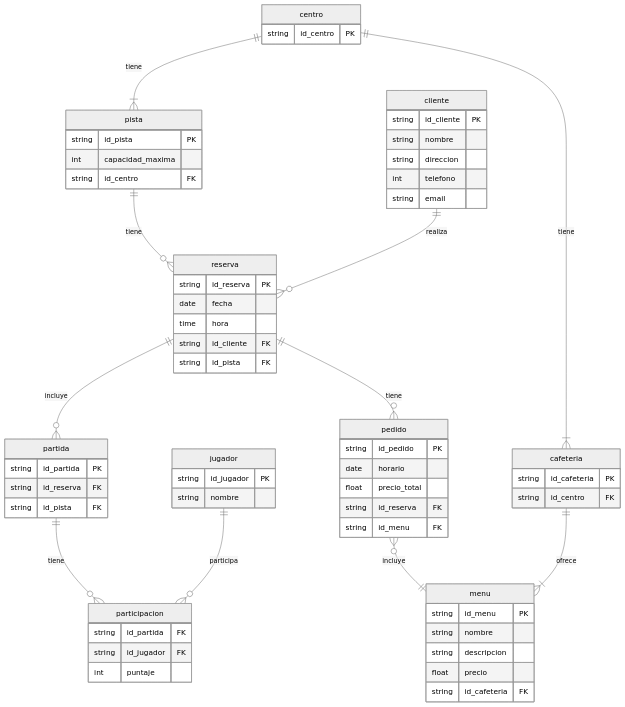
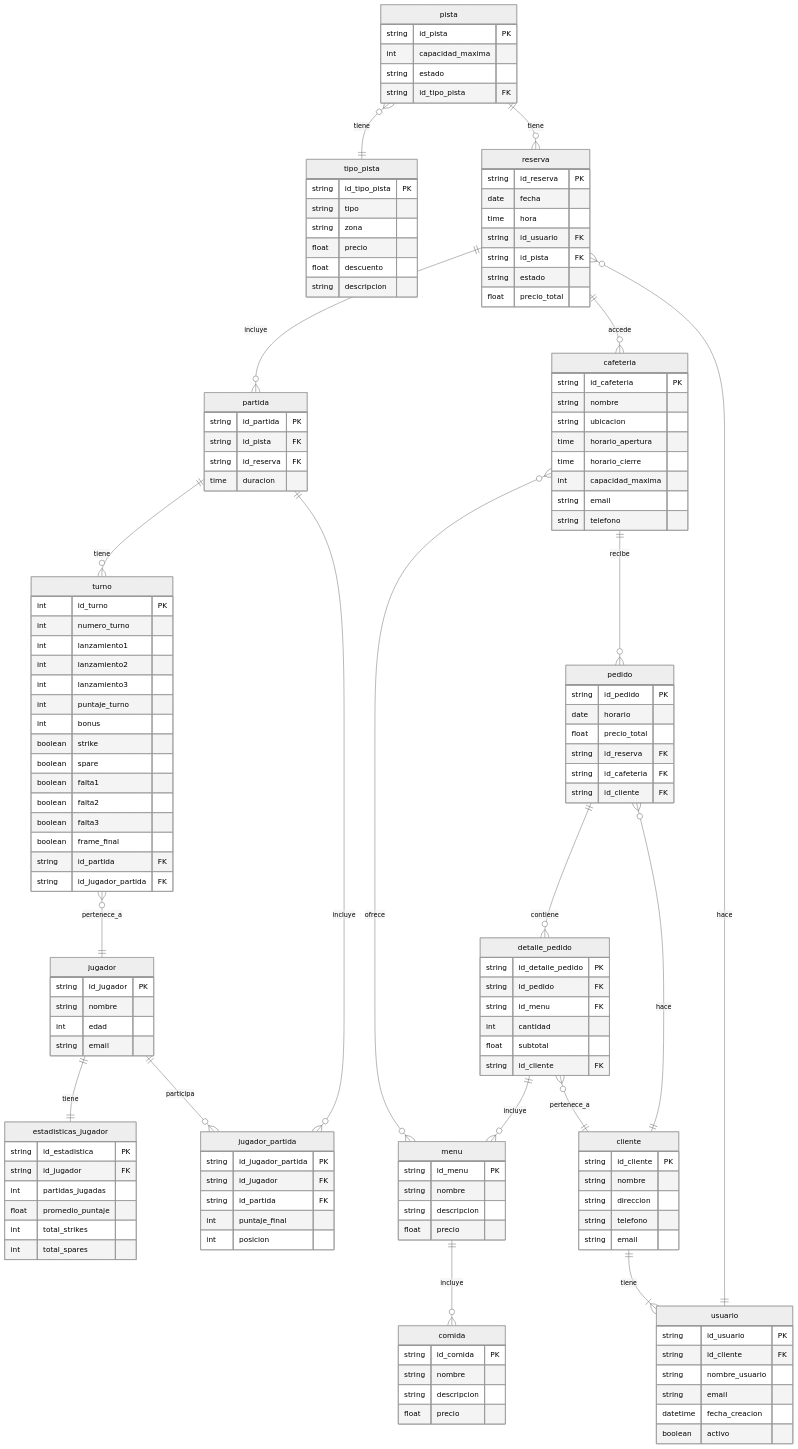
One commit to Villada-PG3/trabajo-practico-integrador-centro-bowling changed the diagram in docs/centro_bowling.mermaid. Above: the diagram before and after it, drawn with Mermaid (neutral theme).

Commit message:
actualizo el diagrama ER

```diff
--- a/docs/centro_bowling.mermaid
+++ b/docs/centro_bowling.mermaid
@@ -1,76 +1,154 @@
 erDiagram
-    centro ||--|{ pista : tiene
+    jugador ||--|| estadisticas_jugador : tiene
+    pista }o--|| tipo_pista : tiene
     pista ||--o{ reserva : tiene
+    usuario ||--o{ reserva : hace
     reserva ||--o{ partida : incluye
-    partida ||--o{ participacion : tiene
-    jugador ||--o{ participacion : participa
-    reserva ||--o{ pedido : tiene
-    pedido }o--|| menu : incluye
-    centro ||--|{ cafeteria : tiene
-    cafeteria ||--|{ menu : ofrece
-    cliente ||--o{ reserva : realiza
+    partida ||--o{ turno : tiene
+    turno }o--|| jugador : pertenece_a
+    reserva ||--o{ cafeteria : accede
+    cafeteria }o--o{ menu : ofrece
+    cafeteria ||--o{ pedido : recibe
+    jugador ||--o{ jugador_partida : participa
+    partida ||--o{ jugador_partida : incluye
+    pedido ||--o{ detalle_pedido : contiene
+    cliente ||--|{ usuario : tiene
+    cliente ||--o{ pedido : hace
+    detalle_pedido ||--o{ menu : incluye    
+    detalle_pedido }o--|| cliente : pertenece_a
+    menu ||--o{ comida : incluye
 
+    estadisticas_jugador {
+        string id_estadistica PK
+        string id_jugador FK
+        int partidas_jugadas
+        float promedio_puntaje
+        int total_strikes
+        int total_spares
+    }
 
-    centro {
-        string id_centro PK
+    usuario {
+        string id_usuario PK
+        string id_cliente FK
+        string nombre_usuario
+        string email
+        datetime fecha_creacion
+        boolean activo
     }
 
     pista {
         string id_pista PK
         int capacidad_maxima
-        string id_centro FK
+        string estado
+        string id_tipo_pista FK
+    }
+
+    tipo_pista {
+        string id_tipo_pista PK
+        string tipo
+        string zona
+        float precio
+        float descuento
+        string descripcion
+    }
+
+    cafeteria {
+        string id_cafeteria PK
+        string nombre
+        string ubicacion
+        time horario_apertura
+        time horario_cierre
+        int capacidad_maxima
+        string email
+        string telefono
+    }
+
+    menu {
+        string id_menu PK
+        string nombre
+        string descripcion
+        float precio
+    }
+
+    comida {
+        string id_comida PK
+        string nombre
+        string descripcion
+        float precio
+    }
+
+    pedido {
+        string id_pedido PK
+        date horario
+        float precio_total
+        string id_reserva FK
+        string id_cafeteria FK
+        string id_cliente FK
+    }
+
+    detalle_pedido {
+        string id_detalle_pedido PK
+        string id_pedido FK
+        string id_menu FK
+        int cantidad
+        float subtotal
+        string id_cliente FK
     }
 
     cliente {
         string id_cliente PK
         string nombre
         string direccion
-        int telefono
+        string telefono
         string email
     }
 
     reserva {
         string id_reserva PK
         date fecha
         time hora
-        string id_cliente FK
+        string id_usuario FK
         string id_pista FK
+        string estado
+        float precio_total
     }
 
     partida {
         string id_partida PK
+        string id_pista FK
         string id_reserva FK
-        string id_pista FK
+        time duracion
     }
 
     jugador {
         string id_jugador PK
         string nombre
+        int edad
+        string email
+    }    
+
+    jugador_partida {
+        string id_jugador_partida PK
+        string id_jugador FK
+        string id_partida FK
+        int puntaje_final
+        int posicion
     }
 
-    participacion {
+    turno {
+        int id_turno PK
+        int numero_turno
+        int lanzamiento1
+        int lanzamiento2
+        int lanzamiento3         
+        int puntaje_turno
+        int bonus
+        boolean strike
+        boolean spare
+        boolean falta1
+        boolean falta2
+        boolean falta3      
+        boolean frame_final
         string id_partida FK
-        string id_jugador FK
-        int puntaje
+        string id_jugador_partida FK
     }
-
-    cafeteria {
-        string id_cafeteria PK
-        string id_centro FK
-    }
-
-    menu {
-        string id_menu PK
-        string nombre
-        string descripcion
-        float precio
-        string id_cafeteria FK
-    }
-
-    pedido {
-        string id_pedido PK
-        date horario
-        float precio_total
-        string id_reserva FK
-        string id_menu FK
-    }
```
